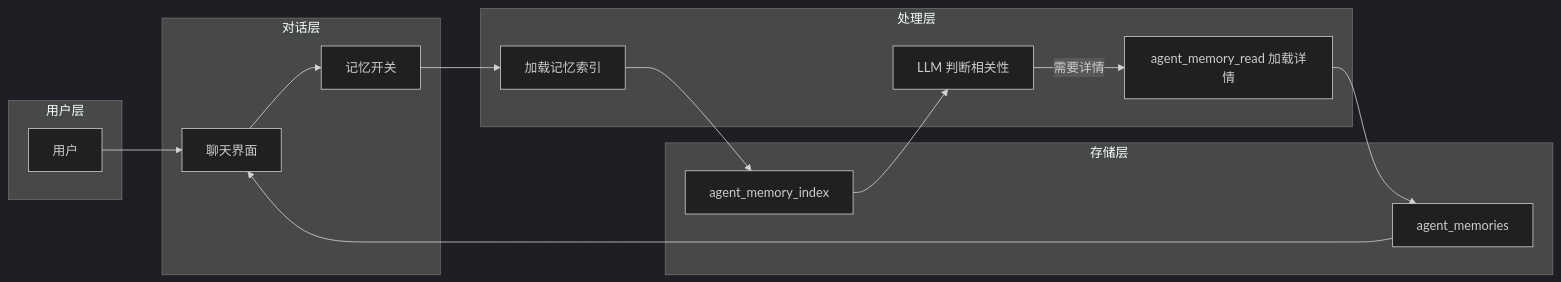
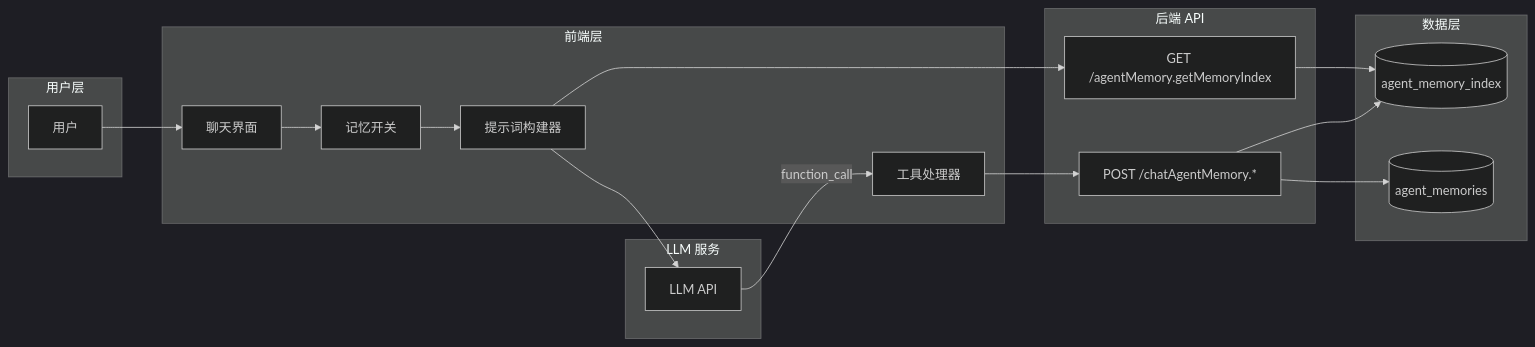
One commit to RudolphHuang/openclaw_doc changed the third of 14 diagrams in bar/记忆设计方案.md. Above: the diagram before and after it, drawn with Mermaid (dark theme). The commit also changed other lines of this file and 2 other files, not shown here.

````diff
--- a/bar/记忆设计方案.md
+++ b/bar/记忆设计方案.md
@@ -106,31 +92,38 @@
 ```mermaid
 flowchart LR
     subgraph UserLayer["用户层"]
         User["用户"]
     end
     
-    subgraph ChatLayer["对话层"]
+    subgraph Frontend["前端层"]
         Chat["聊天界面"]
         Toggle["记忆开关"]
+        PromptBuilder["提示词构建器"]
+        ToolHandler["工具处理器"]
     end
     
-    subgraph ProcessingLayer["处理层"]
-        IndexLoad["加载记忆索引"]
-        LLMJudge["LLM 判断相关性"]
-        ToolCall["agent_memory_read 加载详情"]
+    subgraph API["后端 API"]
+        GetIndex["GET /agentMemory.getMemoryIndex"]
+        ToolAPI["POST /chatAgentMemory.*"]
     end
     
-    subgraph StorageLayer["存储层"]
-        Index["agent_memory_index"]
-        Entries["agent_memories"]
+    subgraph Storage["数据层"]
+        Index[("agent_memory_index")]
+        Entries[("agent_memories")]
+    end
+    
+    subgraph LLMService["LLM 服务"]
+        LLM["LLM API"]
     end
     
     User --> Chat
     Chat --> Toggle
-    Toggle --> IndexLoad
-    IndexLoad --> Index
-    Index --> LLMJudge
-    LLMJudge -->|需要详情| ToolCall
-    ToolCall --> Entries
-    Entries --> Chat
+    Toggle --> PromptBuilder
+    PromptBuilder --> GetIndex
+    GetIndex --> Index
+    PromptBuilder --> LLM
+    LLM -->|function_call| ToolHandler
+    ToolHandler --> ToolAPI
+    ToolAPI --> Entries
+    ToolAPI --> Index
 ```
````
